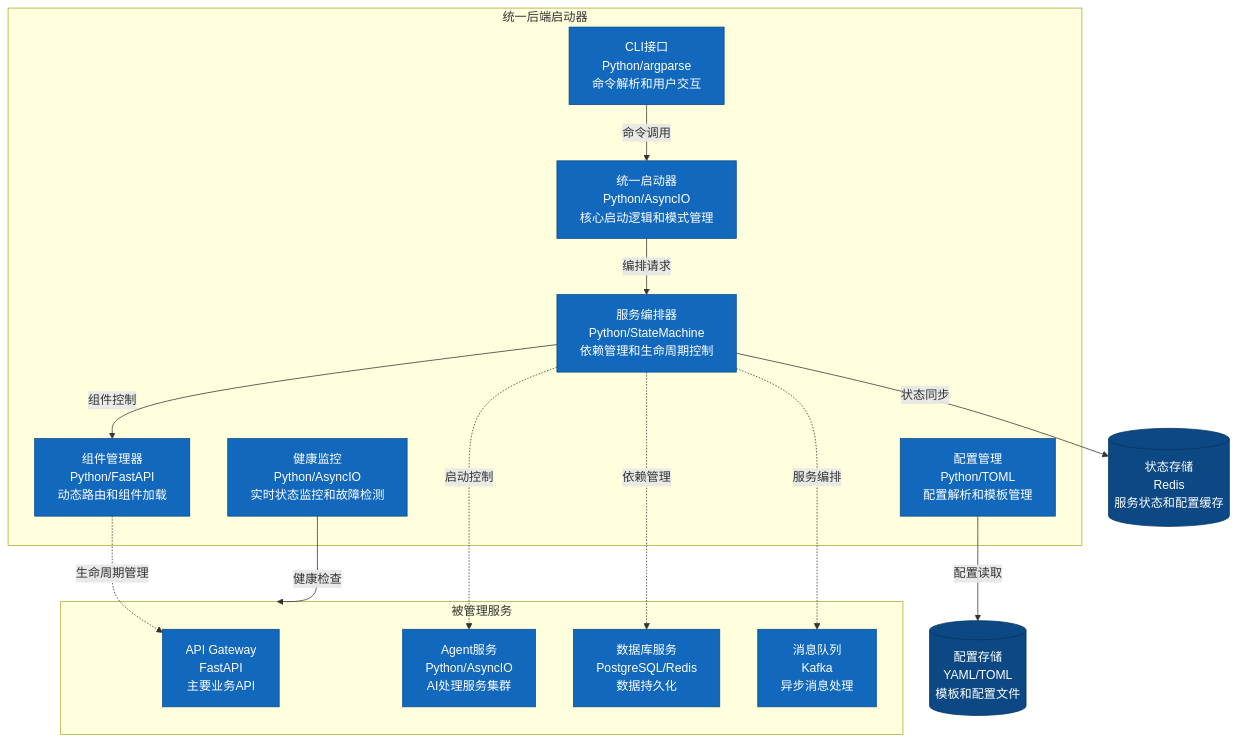
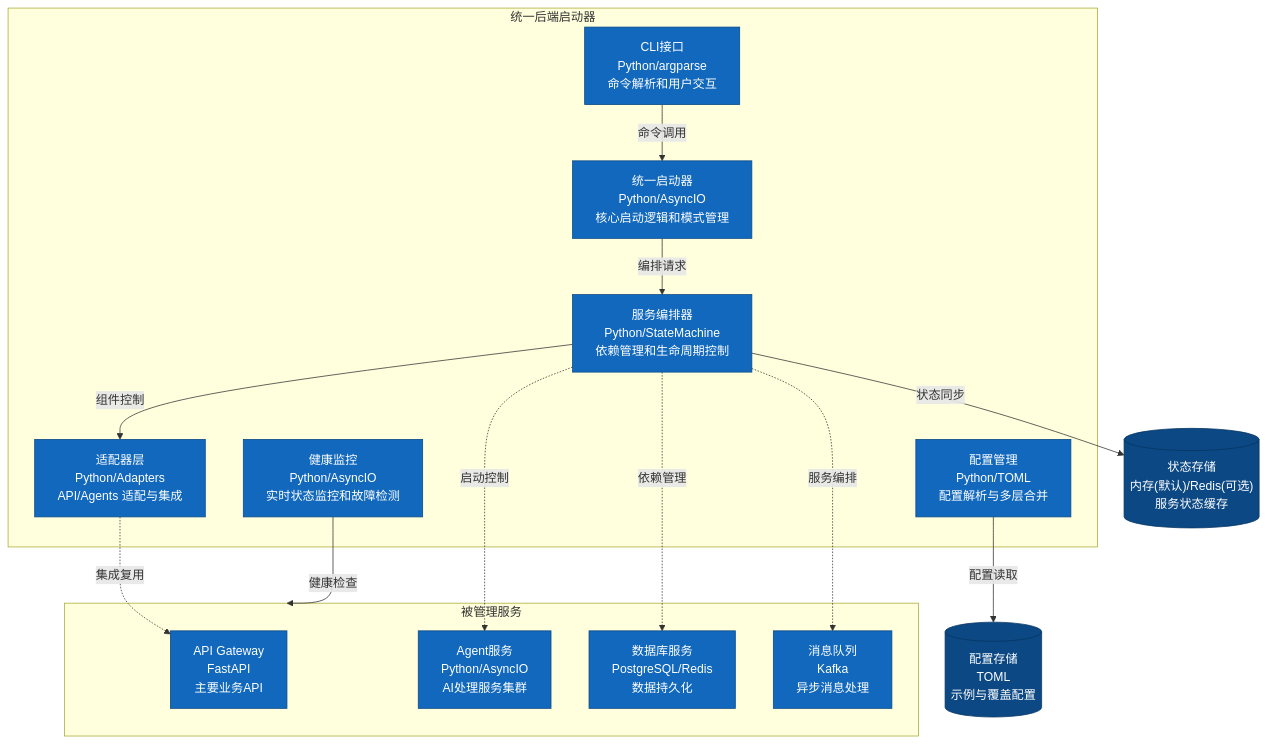
Before and after one commit to zhiyue/infinite-scribe: the second of 5 diagrams in .tasks/unified-backend-launcher/design-hld.md, drawn with Mermaid. The commit also changed other lines of this file and 1 other file, not shown here.

````diff
--- a/.tasks/unified-backend-launcher/design-hld.md
+++ b/.tasks/unified-backend-launcher/design-hld.md
@@ -91,41 +99,41 @@
 ```mermaid
 
 graph TB
     subgraph launcher_system["统一后端启动器"]
         cli_interface["CLI接口<br/>Python/argparse<br/>命令解析和用户交互"]
         unified_launcher["统一启动器<br/>Python/AsyncIO<br/>核心启动逻辑和模式管理"]
         service_orchestrator["服务编排器<br/>Python/StateMachine<br/>依赖管理和生命周期控制"]
         health_monitor["健康监控<br/>Python/AsyncIO<br/>实时状态监控和故障检测"]
-        config_manager["配置管理<br/>Python/TOML<br/>配置解析和模板管理"]
-        component_manager["组件管理器<br/>Python/FastAPI<br/>动态路由和组件加载"]
+        config_manager["配置管理<br/>Python/TOML<br/>配置解析与多层合并"]
+        component_manager["适配器层<br/>Python/Adapters<br/>API/Agents 适配与集成"]
     end
 
     subgraph managed_services["被管理服务"]
         fastapi_app["API Gateway<br/>FastAPI<br/>主要业务API"]
         agent_services["Agent服务<br/>Python/AsyncIO<br/>AI处理服务集群"]
         db_services["数据库服务<br/>PostgreSQL/Redis<br/>数据持久化"]
         message_queue["消息队列<br/>Kafka<br/>异步消息处理"]
     end
 
-    state_storage[("状态存储<br/>Redis<br/>服务状态和配置缓存")]
-    config_storage[("配置存储<br/>YAML/TOML<br/>模板和配置文件")]
+    state_storage[("状态存储<br/>内存(默认)/Redis(可选)<br/>服务状态缓存")]
+    config_storage[("配置存储<br/>TOML<br/>示例与覆盖配置")]
 
     cli_interface -->|命令调用| unified_launcher
     unified_launcher -->|编排请求| service_orchestrator
     service_orchestrator -->|组件控制| component_manager
     health_monitor -->|健康检查| managed_services
     config_manager -->|配置读取| config_storage
     service_orchestrator -->|状态同步| state_storage
 
-    component_manager -.->|生命周期管理| fastapi_app
+    component_manager -.->|集成复用| fastapi_app
     service_orchestrator -.->|启动控制| agent_services
     service_orchestrator -.->|依赖管理| db_services
     service_orchestrator -.->|服务编排| message_queue
 
     classDef container fill:#1168bd,stroke:#0b4884,color:#fff
     classDef database fill:#0b4884,stroke:#073661,color:#fff
     classDef boundary fill:#f5f5f5,stroke:#888,color:#333
 
     class cli_interface,unified_launcher,service_orchestrator,health_monitor,config_manager,component_manager,fastapi_app,agent_services,db_services,message_queue container
     class state_storage,config_storage database
 ```
````
